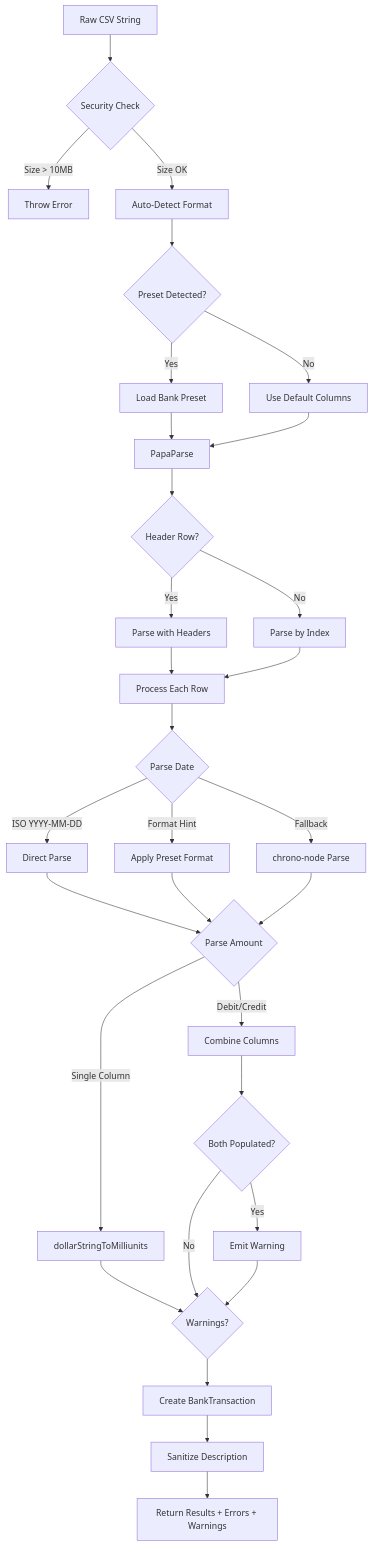
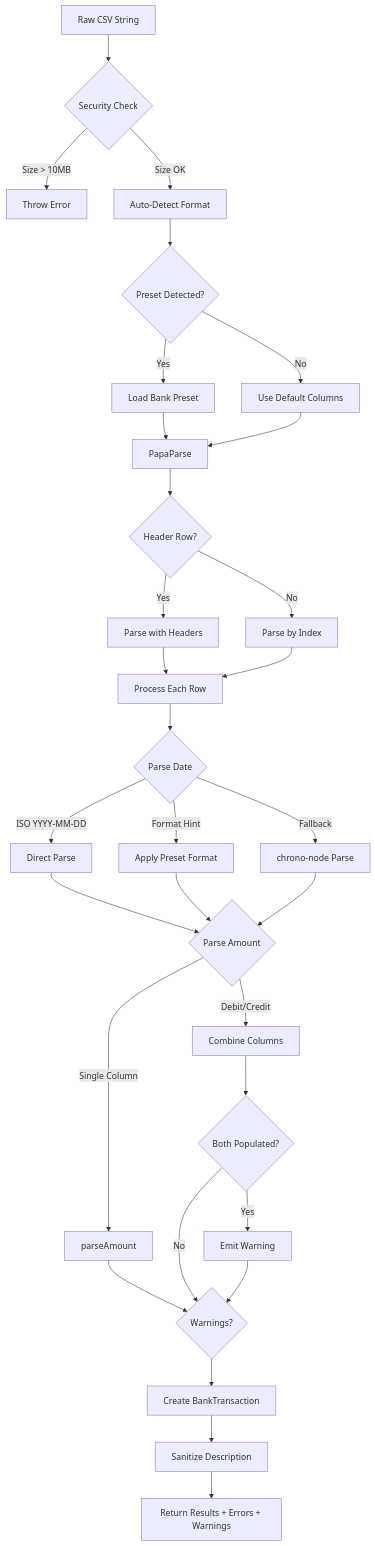
Before and after one commit to dizzlkheinz/ynab-mcpb: the fourth of 16 diagrams in docs/technical/reconciliation-system-architecture.md, drawn with Mermaid. The commit also changed other lines of this file and 4 other files, not shown here.

````diff
--- a/docs/technical/reconciliation-system-architecture.md
+++ b/docs/technical/reconciliation-system-architecture.md
@@ -206,43 +206,43 @@
 ```mermaid
 graph TD
     A[Raw CSV String] --> B{Security Check}
     B -->|Size > 10MB| C[Throw Error]
     B -->|Size OK| D[Auto-Detect Format]
 
     D --> E{Preset Detected?}
     E -->|Yes| F[Load Bank Preset]
     E -->|No| G[Use Default Columns]
 
     F --> H[PapaParse]
     G --> H
 
     H --> I{Header Row?}
     I -->|Yes| J[Parse with Headers]
     I -->|No| K[Parse by Index]
 
     J --> L[Process Each Row]
     K --> L
 
     L --> M{Parse Date}
     M -->|ISO YYYY-MM-DD| N[Direct Parse]
     M -->|Format Hint| O[Apply Preset Format]
     M -->|Fallback| P[chrono-node Parse]
 
     N --> Q{Parse Amount}
     O --> Q
     P --> Q
 
-    Q -->|Single Column| R[dollarStringToMilliunits]
+    Q -->|Single Column| R[parseAmount]
     Q -->|Debit/Credit| S[Combine Columns]
 
     R --> T{Warnings?}
     S --> U{Both Populated?}
 
     U -->|Yes| V[Emit Warning]
     U -->|No| T
     V --> T
 
     T --> W[Create BankTransaction]
     W --> X[Sanitize Description]
     X --> Y[Return Results + Errors + Warnings]
 ```
````
